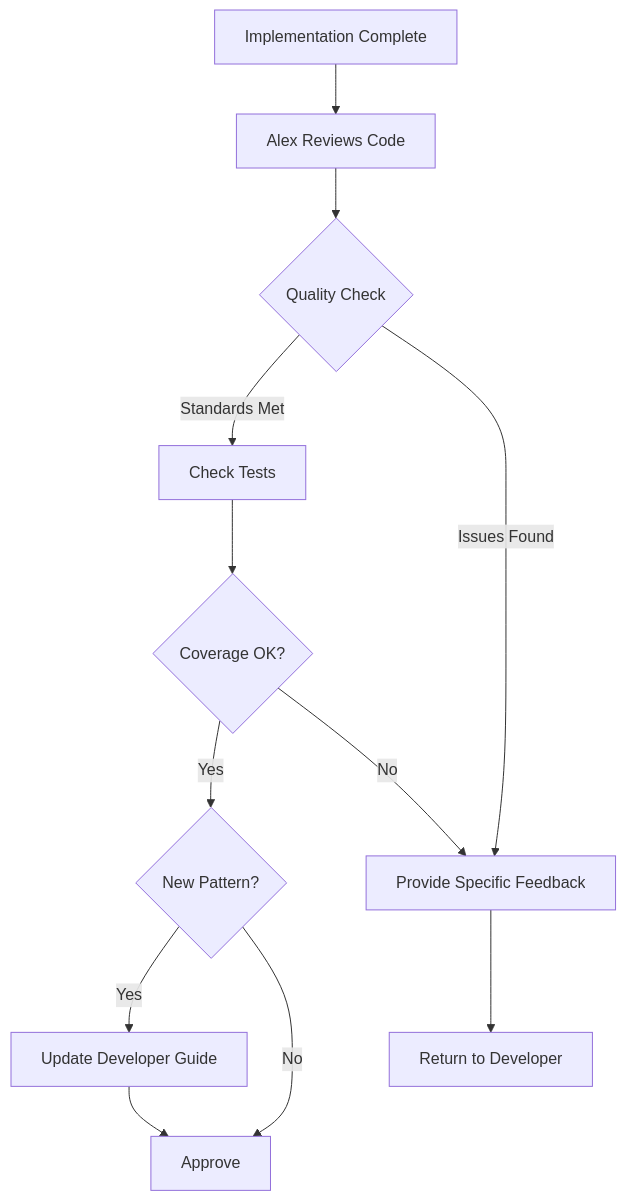
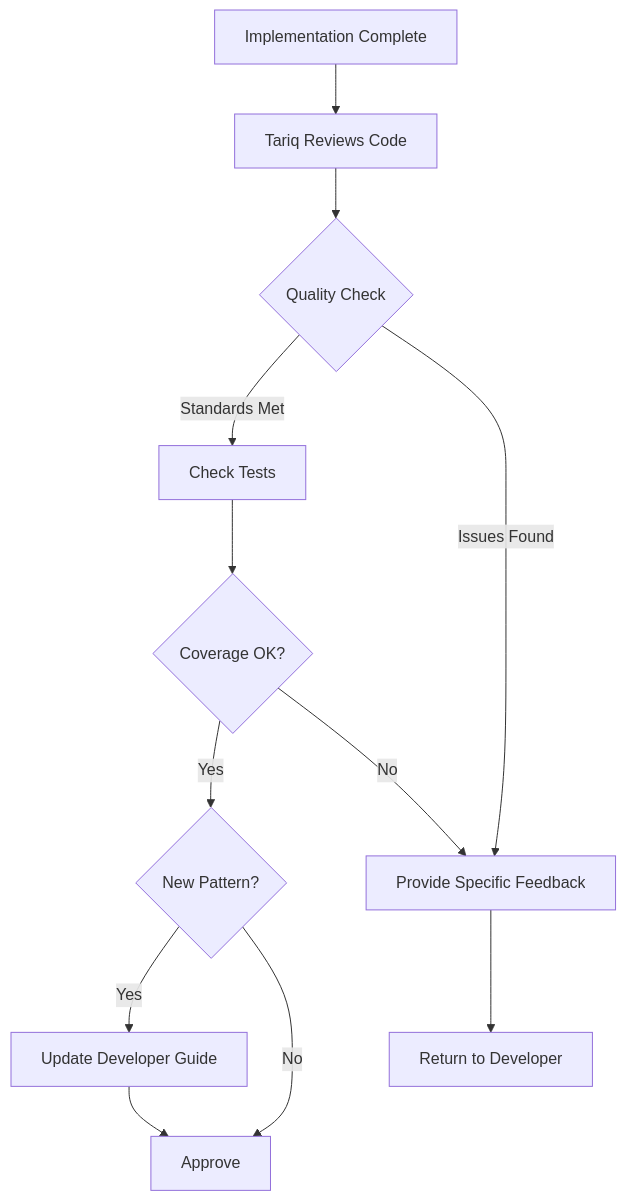
One commit to dosht/claude-team changed the diagram in new_team/commands/tech-lead.md. Above: the diagram before and after it, drawn with Mermaid. The commit also changed other lines of this file and 6 other files, not shown here.

````diff
--- a/new_team/commands/tech-lead.md
+++ b/new_team/commands/tech-lead.md
@@ -162,14 +162,14 @@
 ```mermaid
 graph TB
-  A[Implementation Complete] --> B[Alex Reviews Code]
+  A[Implementation Complete] --> B[Tariq Reviews Code]
   B --> C{Quality Check}
   C -->|Standards Met| D[Check Tests]
   C -->|Issues Found| E[Provide Specific Feedback]
   D --> F{Coverage OK?}
   F -->|Yes| G{New Pattern?}
   F -->|No| E
   G -->|Yes| H[Update Developer Guide]
   G -->|No| I[Approve]
   H --> I
   E --> J[Return to Developer]
 ```
````
